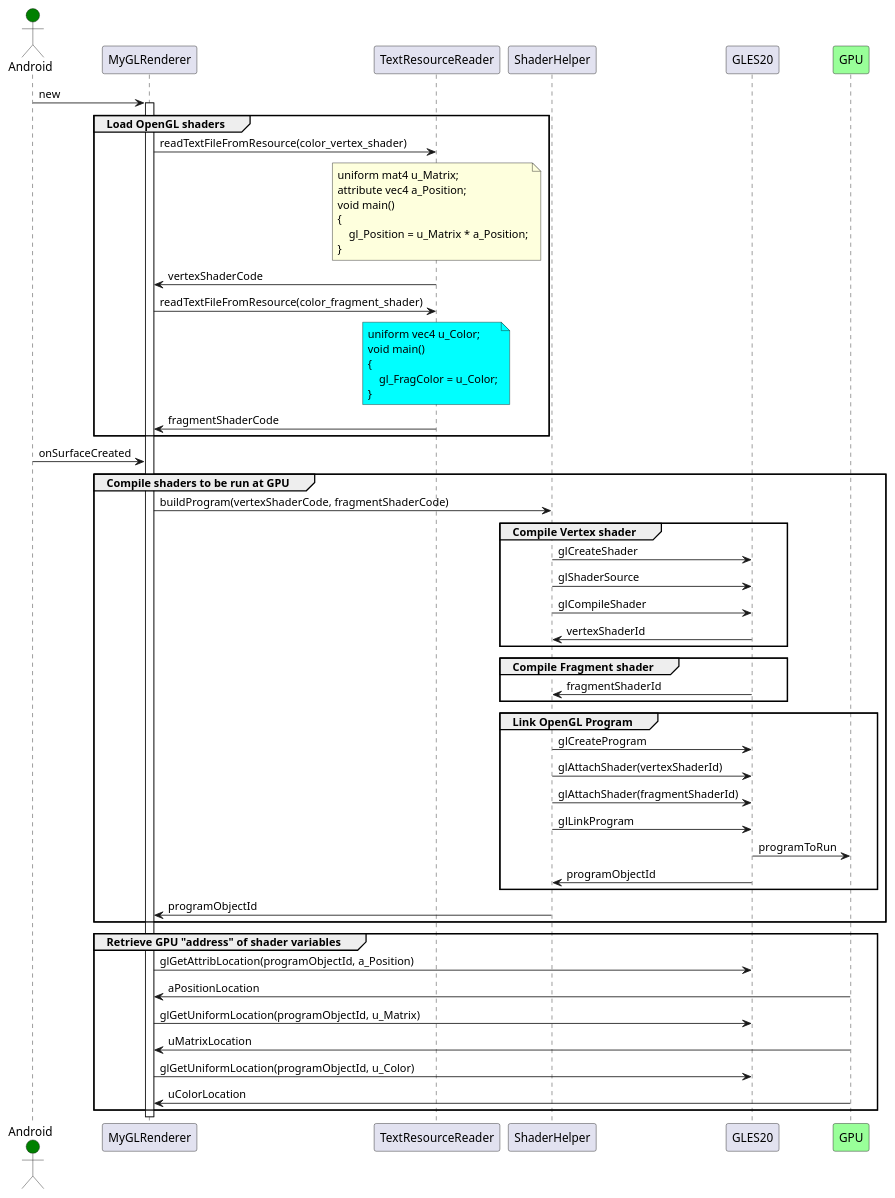
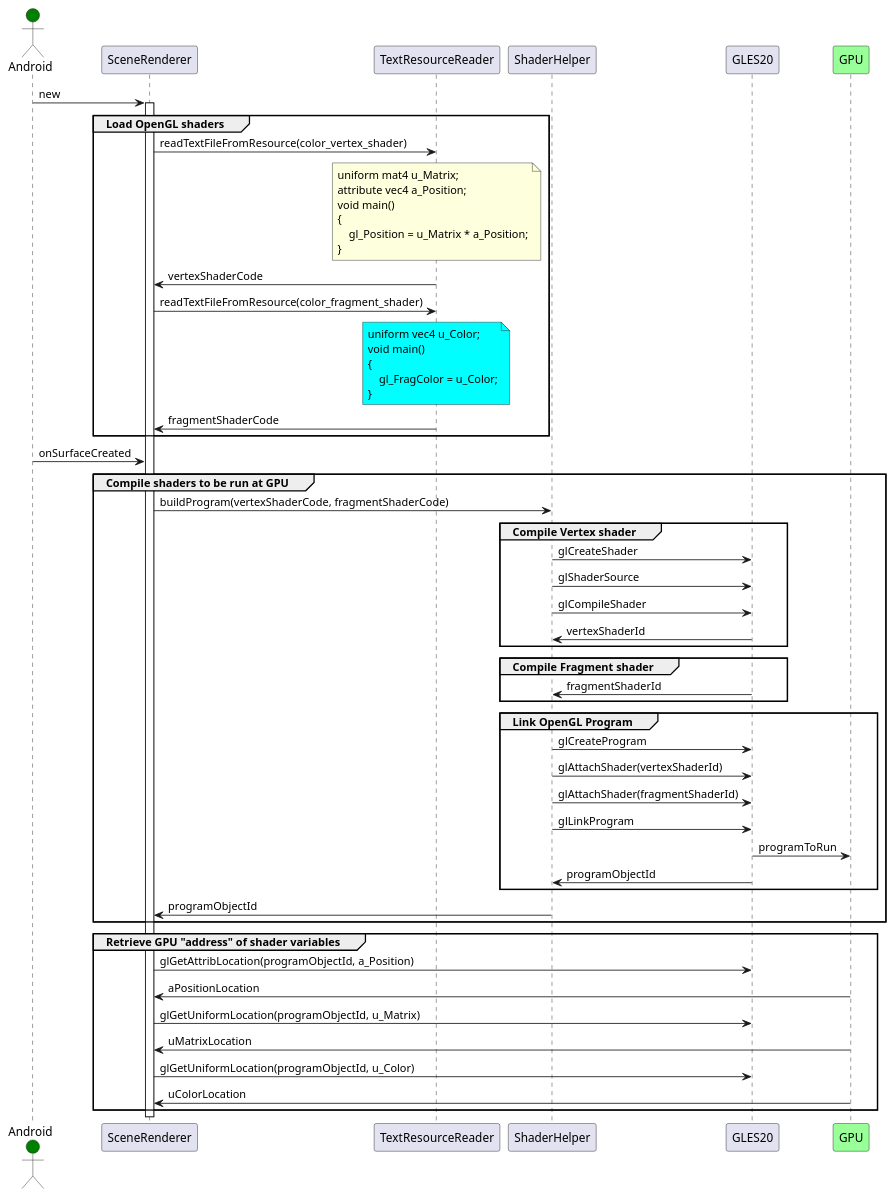
Before and after one commit to bogumil-latuszek/virtual_gallery_3D: the diagram in uml/prepare_openGL.puml, drawn with PlantUML. The commit also changed 8 other files, not shown here.

Commit message:
zamiana nazw klas: MyGLRenderer => SceneRenderer, MyGLSurfaceView => Surface3DView

```diff
--- a/uml/prepare_openGL.puml
+++ b/uml/prepare_openGL.puml
@@ -1,68 +1,68 @@
 @startuml Prepare OpenGL
 actor       Android       as Android1 #green
 
-Android1 -> MyGLRenderer: new
-activate MyGLRenderer
+Android1 -> SceneRenderer: new
+activate SceneRenderer
 group Load OpenGL shaders
-MyGLRenderer -> TextResourceReader: readTextFileFromResource(color_vertex_shader)
+SceneRenderer -> TextResourceReader: readTextFileFromResource(color_vertex_shader)
 note over TextResourceReader
 uniform mat4 u_Matrix;
 attribute vec4 a_Position;
 void main()
 {
     gl_Position = u_Matrix * a_Position;
 }
 end note
-TextResourceReader -> MyGLRenderer: vertexShaderCode
-MyGLRenderer -> TextResourceReader: readTextFileFromResource(color_fragment_shader)
+TextResourceReader -> SceneRenderer: vertexShaderCode
+SceneRenderer -> TextResourceReader: readTextFileFromResource(color_fragment_shader)
 note over TextResourceReader #aqua
 uniform vec4 u_Color;
 void main()
 {
     gl_FragColor = u_Color;
 }
 end note
-TextResourceReader -> MyGLRenderer: fragmentShaderCode
+TextResourceReader -> SceneRenderer: fragmentShaderCode
 
 end
 
-Android1 -> MyGLRenderer: onSurfaceCreated
+Android1 -> SceneRenderer: onSurfaceCreated
 
 group Compile shaders to be run at GPU
-MyGLRenderer -> ShaderHelper: buildProgram(vertexShaderCode, fragmentShaderCode)
+SceneRenderer -> ShaderHelper: buildProgram(vertexShaderCode, fragmentShaderCode)
 
 group Compile Vertex shader
 ShaderHelper -> GLES20: glCreateShader
 ShaderHelper -> GLES20: glShaderSource
 ShaderHelper -> GLES20: glCompileShader
 GLES20 -> ShaderHelper: vertexShaderId
 end
 group Compile Fragment shader
 GLES20 -> ShaderHelper: fragmentShaderId
 end
 
 group Link OpenGL Program
 ShaderHelper -> GLES20: glCreateProgram
 ShaderHelper -> GLES20: glAttachShader(vertexShaderId)
 ShaderHelper -> GLES20: glAttachShader(fragmentShaderId)
 ShaderHelper -> GLES20: glLinkProgram
 participant GPU as GPU #99FF99
 GLES20 -> GPU: programToRun
 GLES20 -> ShaderHelper: programObjectId
 end
 
-ShaderHelper -> MyGLRenderer: programObjectId
+ShaderHelper -> SceneRenderer: programObjectId
 
 end
 
 group Retrieve GPU "address" of shader variables
 
-MyGLRenderer -> GLES20: glGetAttribLocation(programObjectId, a_Position)
-GPU -> MyGLRenderer: aPositionLocation
-MyGLRenderer -> GLES20: glGetUniformLocation(programObjectId, u_Matrix)
-GPU -> MyGLRenderer: uMatrixLocation
+SceneRenderer -> GLES20: glGetAttribLocation(programObjectId, a_Position)
+GPU -> SceneRenderer: aPositionLocation
+SceneRenderer -> GLES20: glGetUniformLocation(programObjectId, u_Matrix)
+GPU -> SceneRenderer: uMatrixLocation
 
-MyGLRenderer -> GLES20: glGetUniformLocation(programObjectId, u_Color)
-GPU -> MyGLRenderer: uColorLocation
+SceneRenderer -> GLES20: glGetUniformLocation(programObjectId, u_Color)
+GPU -> SceneRenderer: uColorLocation
 end
 @enduml
```
